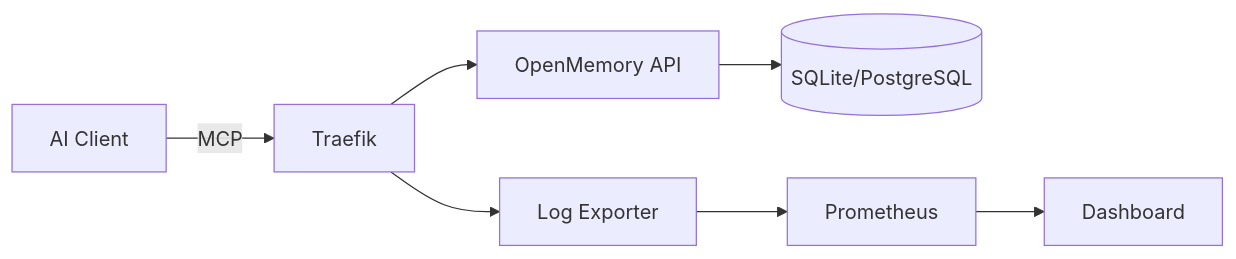
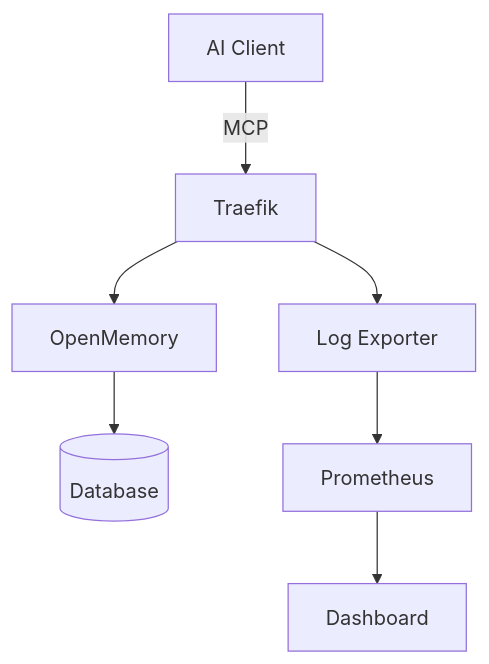
The diagram in README.md (mikhailkogan17/cybermem), drawn with Mermaid before and after one commit. The commit also changed other lines of this file, not shown here.

Commit message:
docs: clean up README per feedback (links, tables, mermaid)

````diff
--- a/README.md
+++ b/README.md
@@ -78,9 +39,9 @@
 ```mermaid
-graph LR
+graph TD
     Client[AI Client] -->|MCP| Traefik
-    Traefik --> API[OpenMemory API]
-    API --> DB[(SQLite/PostgreSQL)]
+    Traefik --> API[OpenMemory]
+    API --> DB[(Database)]
     Traefik --> Vector[Log Exporter]
     Vector --> Prometheus
     Prometheus --> Dashboard
 ```
````
